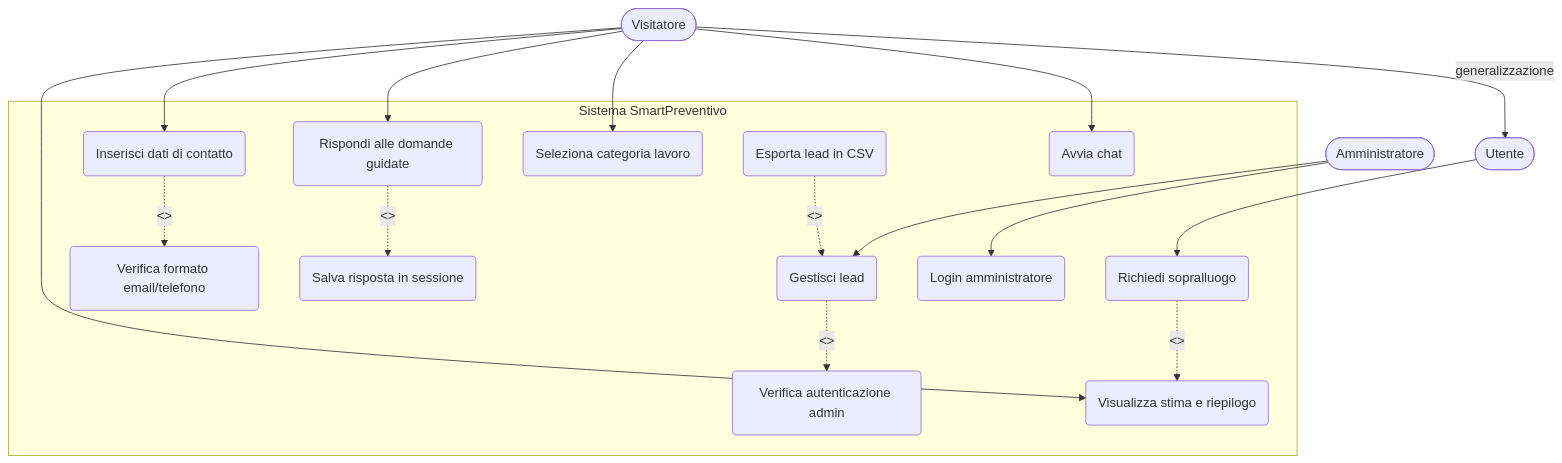
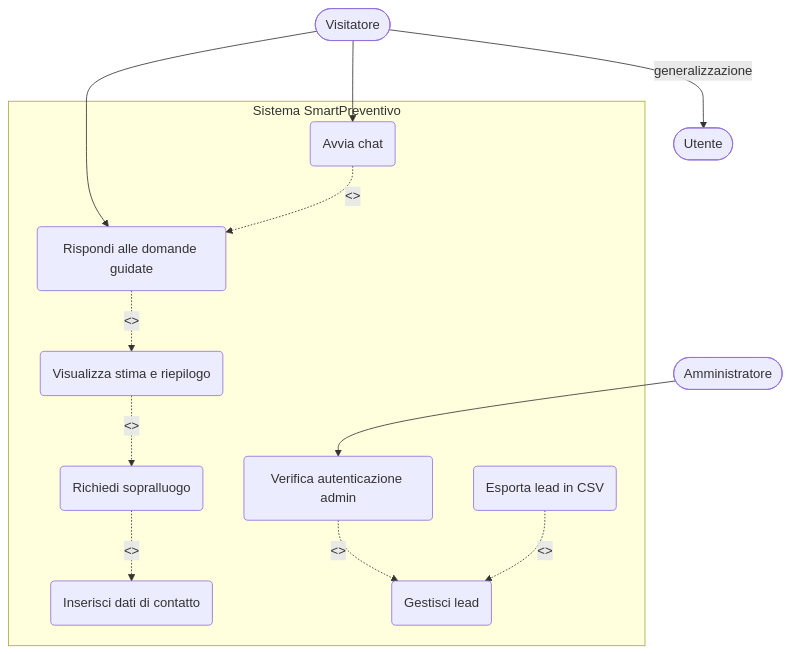
The first of 2 diagrams in SmartPreventivo – Documento dei Requisiti(V3).md (MarcoClementi/Progetto_Fine_Anno25-26), drawn with Mermaid before and after one commit.

Commit message:
Update SmartPreventivo – Documento dei Requisiti(V3).md

````diff
--- a/SmartPreventivo – Documento dei Requisiti(V3).md
+++ b/SmartPreventivo – Documento dei Requisiti(V3).md
@@ -160,49 +160,29 @@
 ```mermaid
-graph TD
-    %% Attori
-    V([" Visitatore"])
-    U([" Utente"])
-    A([" Amministratore"])
+flowchart TB
+ subgraph subGraph["Sistema SmartPreventivo"]
+        UC1("Avvia chat")
+        UC2("Rispondi alle domande guidate")
+        UC5("Inserisci dati di contatto")
+        UC3("Visualizza stima e riepilogo")
+        UC4("Richiedi sopralluogo")
+        UC7("Verifica autenticazione admin")
+        UC9("Esporta lead in CSV")
+        UC8("Gestisci lead")
+  end
+    V(["Visitatore"]) -- generalizzazione --> U(["Utente"])
+    V --> UC1 & UC2 
+    A(["Amministratore"]) --> UC7  
+      
+    UC7 -. &lt;&gt; .-> UC8
+  
+   
+     %% Relazioni include
+    UC1 -.->|"<<include>>"| UC2
+    UC4 -.->|"<<include>>"| UC5
 
-    %% Generalizzazione tra attori: Utente è specializzazione di Visitatore
-    V -->|generalizzazione| U
-
-    subgraph Sistema SmartPreventivo
-        UC1("Avvia chat")
-        UC2("Seleziona categoria lavoro")
-        UC3("Rispondi alle domande guidate")
-        UC4("Inserisci dati di contatto")
-        UC5("Visualizza stima e riepilogo")
-        UC6("Richiedi sopralluogo")
-        UC7("Login amministratore")
-        UC8("Gestisci lead")
-        UC9("Esporta lead in CSV")
-
-        INC1("Verifica formato email/telefono")
-        INC2("Verifica autenticazione admin")
-        INC3("Salva risposta in sessione")
-    end
-
-    %% Associazioni Visitatore
-    V --> UC1
-    V --> UC2
-    V --> UC3
-    V --> UC4
-    V --> UC5
-
-    %% Associazioni Utente (specializzazione di Visitatore)
-    U --> UC6
-
-    %% Associazioni Amministratore
-    A --> UC7
-    A --> UC8
-
-    %% Relazioni include
-    UC4 -.->|"<<include>>"| INC1
-    UC8 -.->|"<<include>>"| INC2
-    UC3 -.->|"<<include>>"| INC3
 
     %% Relazioni extend
-    UC6 -.->|"<<extend>>"| UC5
     UC9 -.->|"<<extend>>"| UC8
+    UC2 -.->|"<<extend>>"| UC3
+    UC3 -.->|"<<extend>>"| UC4
 ```
````
